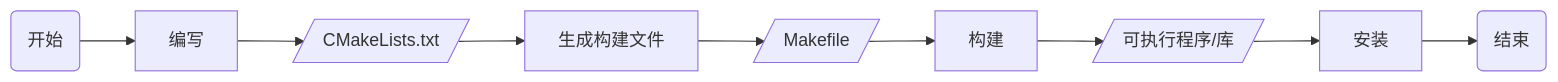
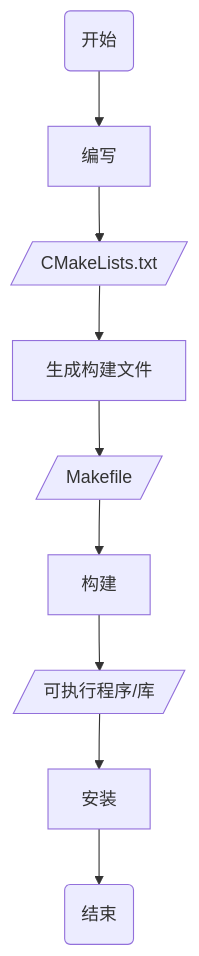
Before and after one commit to dmjcb/dmjcb.github.io: the diagram in _posts/software/build_tool/cmake/2024-10-22-使用.md, drawn with Mermaid. The commit also changed other lines of this file and 5 other files, not shown here.

````diff
--- a/_posts/software/build_tool/cmake/2024-10-22-使用.md
+++ b/_posts/software/build_tool/cmake/2024-10-22-使用.md
@@ -29,12 +17,12 @@
 ```mermaid
-graph LR
+graph TB
     S(开始)
     S --> A[编写]
-        A --> A1[/CMakeLists.txt/]
+    A --> A1[/CMakeLists.txt/]
     A1 --> B[生成构建文件]
-        B --> B1[/Makefile/]
+    B --> B1[/Makefile/]
     B1 --> C[构建]
-        C --> C1[/可执行程序/库/]
+    C --> C1[/可执行程序/库/]
     C1 --> D[安装]
     D --> F(结束)
 ```
````
